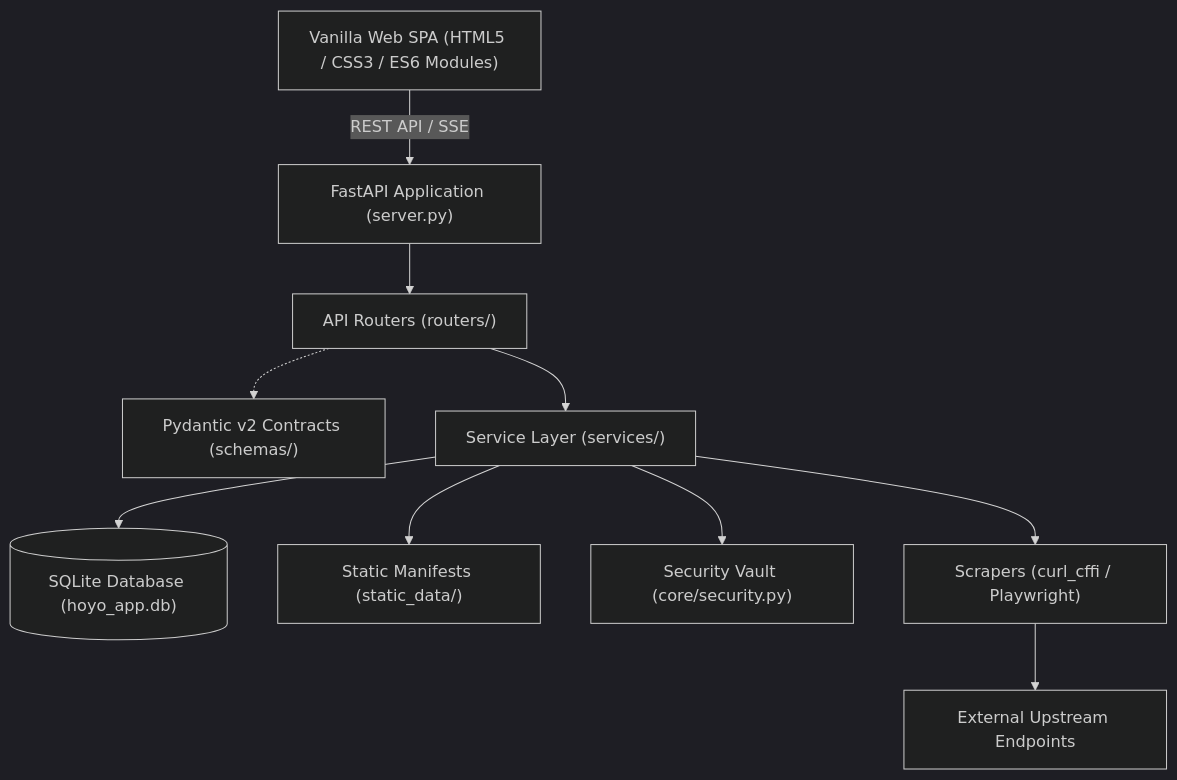
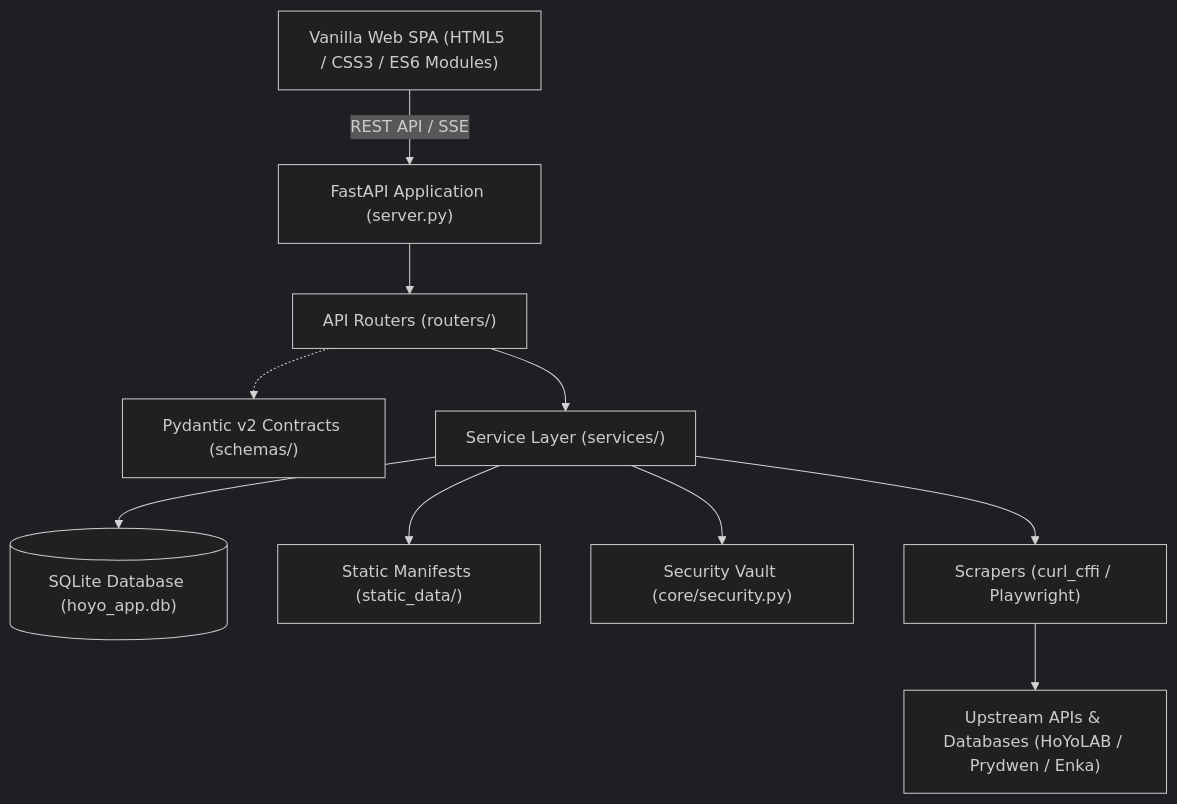
One commit to Lacas0010/Cabeca_de_Droid changed the diagram in README.md. Above: the diagram before and after it, drawn with Mermaid (dark theme). The commit also changed other lines of this file and 6 other files, not shown here.

````diff
--- a/README.md
+++ b/README.md
@@ -101,12 +174,12 @@
 ```mermaid
 graph TD
     UI["Vanilla Web SPA (HTML5 / CSS3 / ES6 Modules)"] -->|REST API / SSE| API["FastAPI Application (server.py)"]
     API --> Routers["API Routers (routers/)"]
     Routers -.-> Schemas["Pydantic v2 Contracts (schemas/)"]
     Routers --> Services["Service Layer (services/)"]
     Services --> DB[("SQLite Database (hoyo_app.db)")]
     Services --> Static["Static Manifests (static_data/)"]
     Services --> Vault["Security Vault (core/security.py)"]
     Services --> Scrapers["Scrapers (curl_cffi / Playwright)"]
-    Scrapers --> Ext["External Upstream Endpoints"]
+    Scrapers --> Ext["Upstream APIs & Databases (HoYoLAB / Prydwen / Enka)"]
 ```
````
